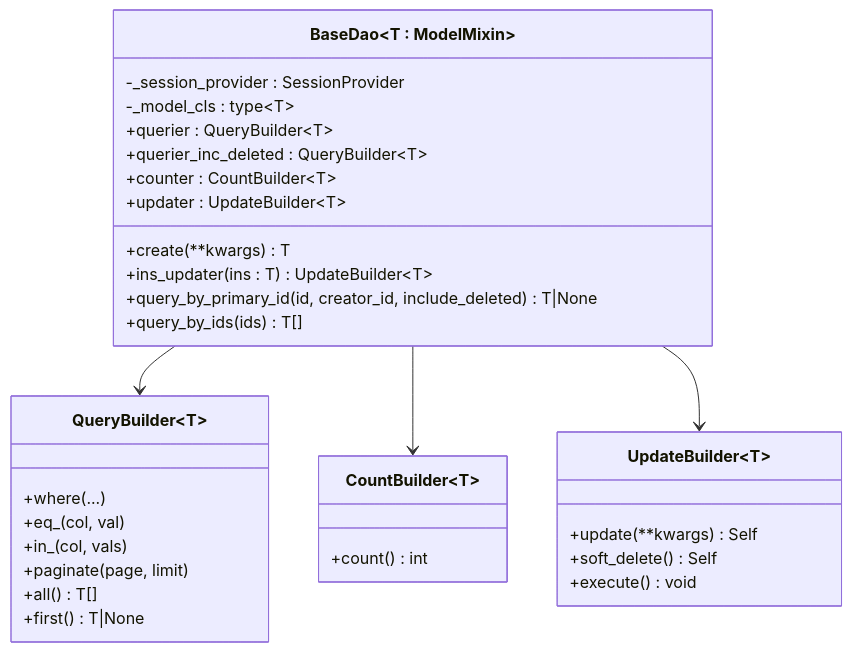
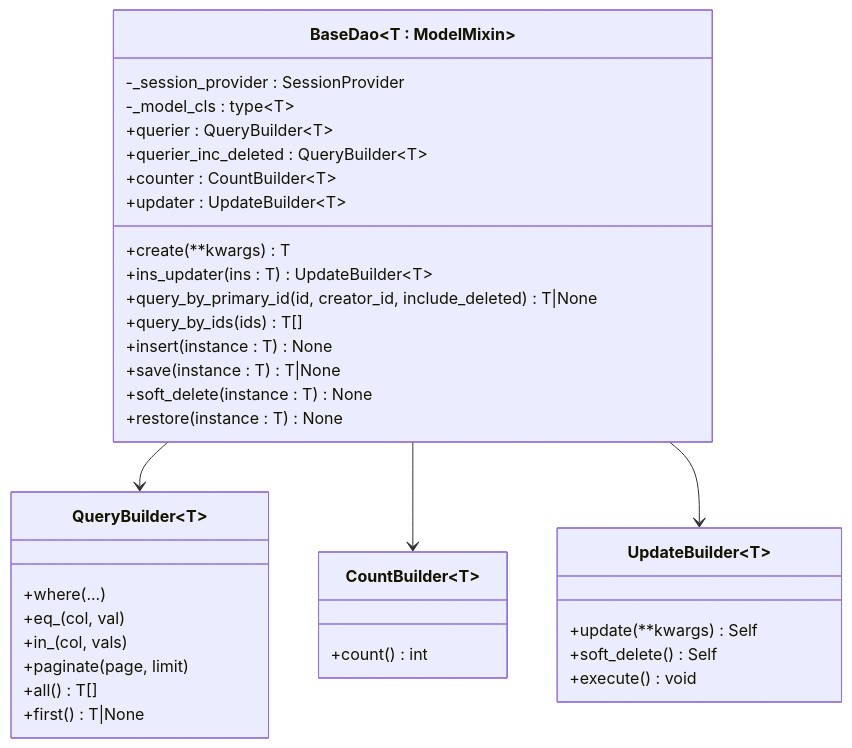
One commit to lilinzezzzzzz/fastapi-backend changed the fifth of 7 diagrams in .qoder/repowiki/zh/content/数据模型/模型继承体系.md. Above: the diagram before and after it, drawn with Mermaid. The commit also changed other lines of this file and 42 other files, not shown here.

````diff
--- a/.qoder/repowiki/zh/content/数据模型/模型继承体系.md
+++ b/.qoder/repowiki/zh/content/数据模型/模型继承体系.md
@@ -234,34 +241,38 @@
 ```mermaid
 classDiagram
 class BaseDao~T : ModelMixin~ {
 -_session_provider : SessionProvider
 -_model_cls : type~T~
 +create(**kwargs) T
 +querier : QueryBuilder~T~
 +querier_inc_deleted : QueryBuilder~T~
 +counter : CountBuilder~T~
 +updater : UpdateBuilder~T~
 +ins_updater(ins : T) UpdateBuilder~T~
 +query_by_primary_id(id, creator_id, include_deleted) T|None
 +query_by_ids(ids) T[]
++insert(instance : T) None
++save(instance : T) T|None
++soft_delete(instance : T) None
++restore(instance : T) None
 }
 class QueryBuilder~T~ {
 +where(...)
 +eq_(col, val)
 +in_(col, vals)
 +paginate(page, limit)
 +all() T[]
 +first() T|None
 }
 class CountBuilder~T~ {
 +count() int
 }
 class UpdateBuilder~T~ {
 +update(**kwargs) Self
 +soft_delete() Self
 +execute() void
 }
 BaseDao --> QueryBuilder
 BaseDao --> CountBuilder
 BaseDao --> UpdateBuilder
 ```
````
